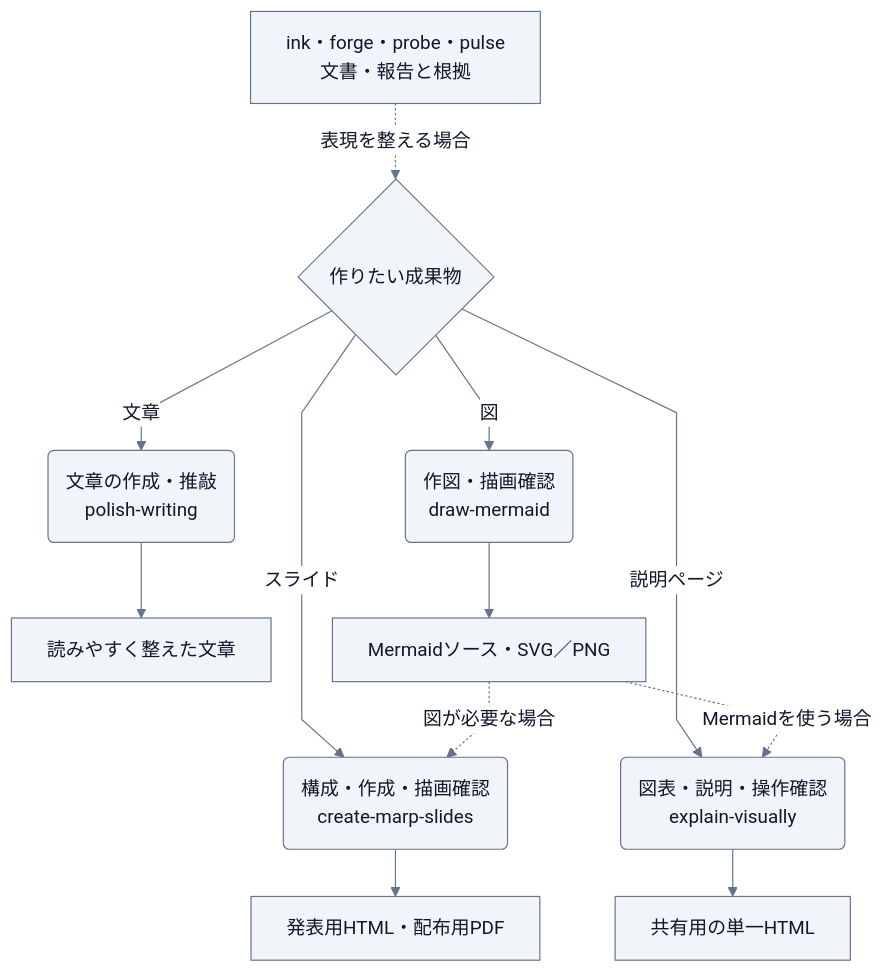
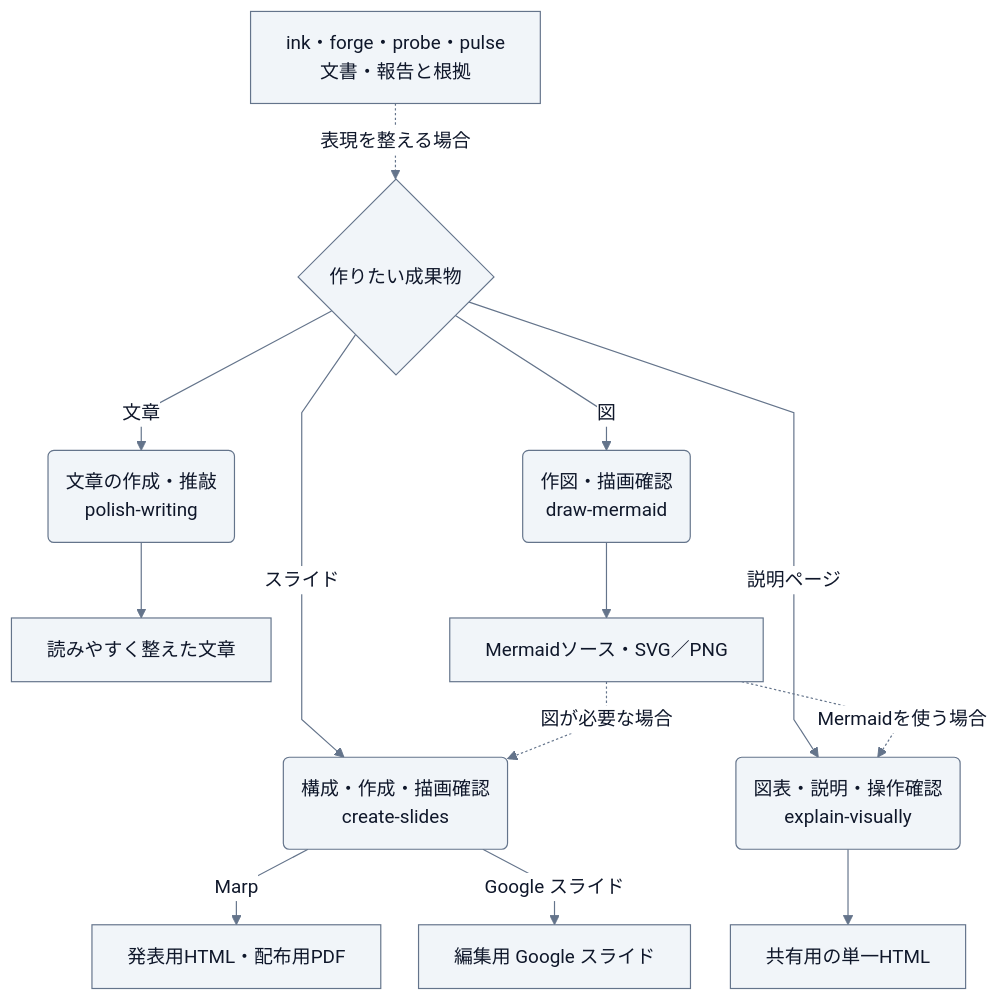
One commit to Wataru-Toriumi/agent-skills changed the diagram in plugins/sketch/README.md. Above: the diagram before and after it, drawn with Mermaid. The commit also changed other lines of this file and 33 other files, not shown here.

First line of the commit message:
feat(sketch)!: unify Marp and Google Slides authoring

````diff
--- a/plugins/sketch/README.md
+++ b/plugins/sketch/README.md
@@ -19,35 +19,36 @@
 ```mermaid
 ---
 config:
   theme: base
   look: classic
   fontFamily: sans-serif
   themeVariables:
     primaryColor: "#F1F5F9"
     primaryTextColor: "#0F172A"
     primaryBorderColor: "#64748B"
     lineColor: "#64748B"
     tertiaryColor: "#F8FAFC"
     clusterBkg: "#F8FAFC"
     clusterBorder: "#CBD5E1"
     edgeLabelBackground: "#FFFFFF"
   flowchart:
     wrappingWidth: 300
     curve: linear
     nodeSpacing: 32
     rankSpacing: 40
 ---
 flowchart TD
     source["ink・forge・probe・pulse<br/>文書・報告と根拠"] -. 表現を整える場合 .-> purpose
     purpose{"作りたい成果物"}
     purpose -->|文章| writing("文章の作成・推敲<br/>polish-writing")
     purpose -->|図| diagram("作図・描画確認<br/>draw-mermaid")
-    purpose -->|スライド| slides("構成・作成・描画確認<br/>create-marp-slides")
+    purpose -->|スライド| slides("構成・作成・描画確認<br/>create-slides")
     purpose -->|説明ページ| explain("図表・説明・操作確認<br/>explain-visually")
     writing --> prose["読みやすく整えた文章"]
     diagram --> rendered["Mermaidソース・SVG／PNG"]
     rendered -. 図が必要な場合 .-> slides
     rendered -. Mermaidを使う場合 .-> explain
-    slides --> output["発表用HTML・配布用PDF"]
+    slides -->|Marp| output["発表用HTML・配布用PDF"]
+    slides -->|Google スライド| deck["編集用 Google スライド"]
     explain --> page["共有用の単一HTML"]
 ```
````
